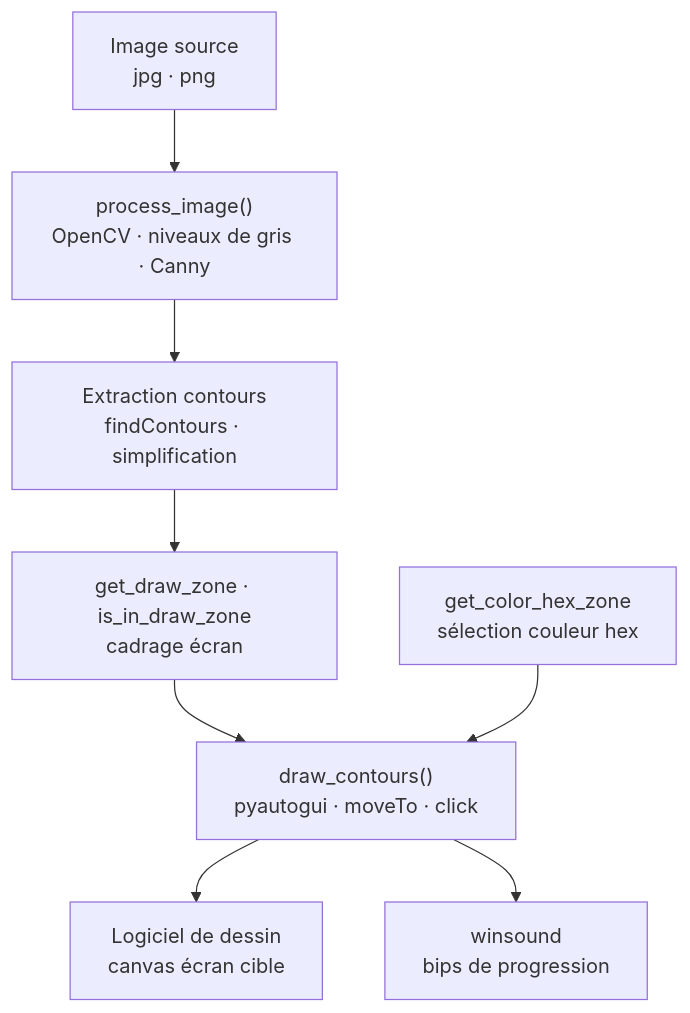
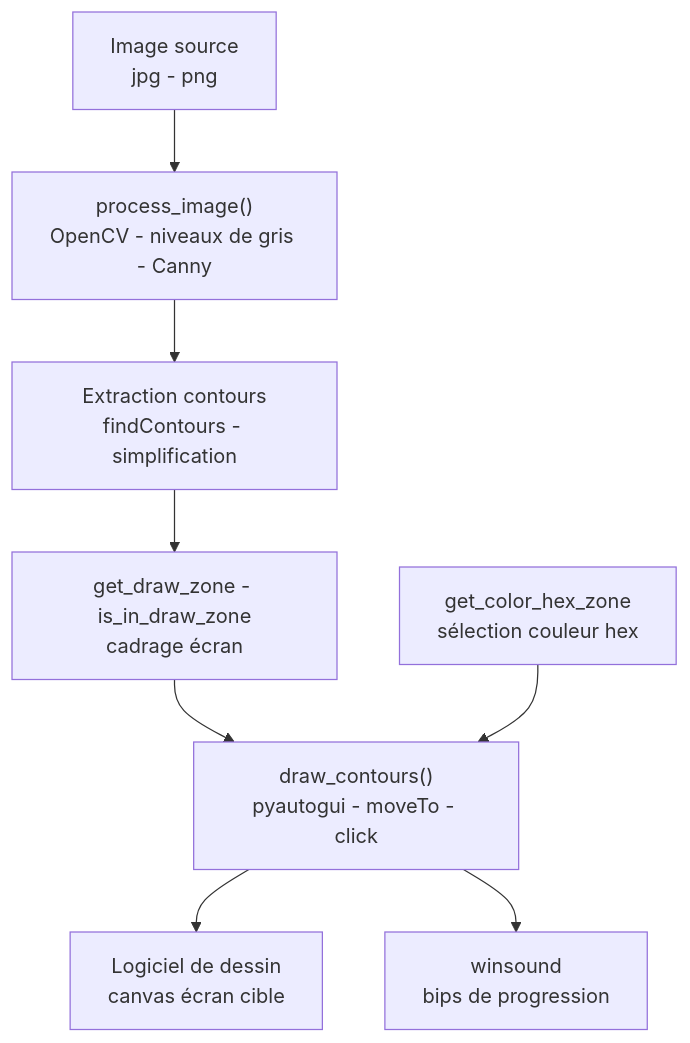
One commit to Adam-Blf/RobotArtist changed the diagram in README.md. Above: the diagram before and after it, drawn with Mermaid. The commit also changed other lines of this file, not shown here.

Commit message:
docs: typography pass, no em dash or middle dot (#1)

````diff
--- a/README.md
+++ b/README.md
@@ -11,19 +11,19 @@
 ```mermaid
 flowchart TB
-    IMG["Image source<br/>jpg · png"]
-    PROCESS["process_image()<br/>OpenCV · niveaux de gris · Canny"]
-    CONTOURS["Extraction contours<br/>findContours · simplification"]
-    ZONE["get_draw_zone · is_in_draw_zone<br/>cadrage écran"]
-    DRAW["draw_contours()<br/>pyautogui · moveTo · click"]
+    IMG["Image source<br/>jpg - png"]
+    PROCESS["process_image()<br/>OpenCV - niveaux de gris - Canny"]
+    CONTOURS["Extraction contours<br/>findContours - simplification"]
+    ZONE["get_draw_zone - is_in_draw_zone<br/>cadrage écran"]
+    DRAW["draw_contours()<br/>pyautogui - moveTo - click"]
     COLOR["get_color_hex_zone<br/>sélection couleur hex"]
     SCREEN["Logiciel de dessin<br/>canvas écran cible"]
     SOUND["winsound<br/>bips de progression"]
 
     IMG --> PROCESS
     PROCESS --> CONTOURS
     CONTOURS --> ZONE
     ZONE --> DRAW
     COLOR --> DRAW
     DRAW --> SCREEN
     DRAW --> SOUND
 ```
````
